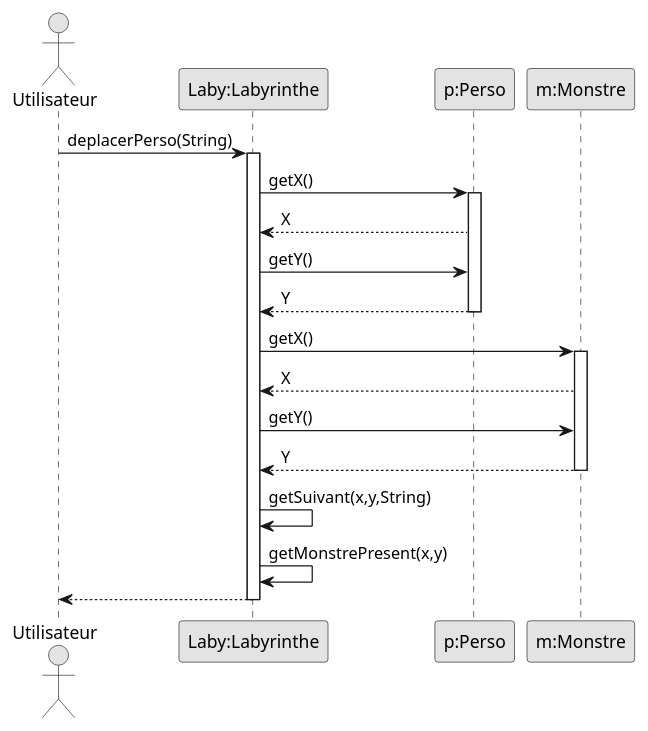
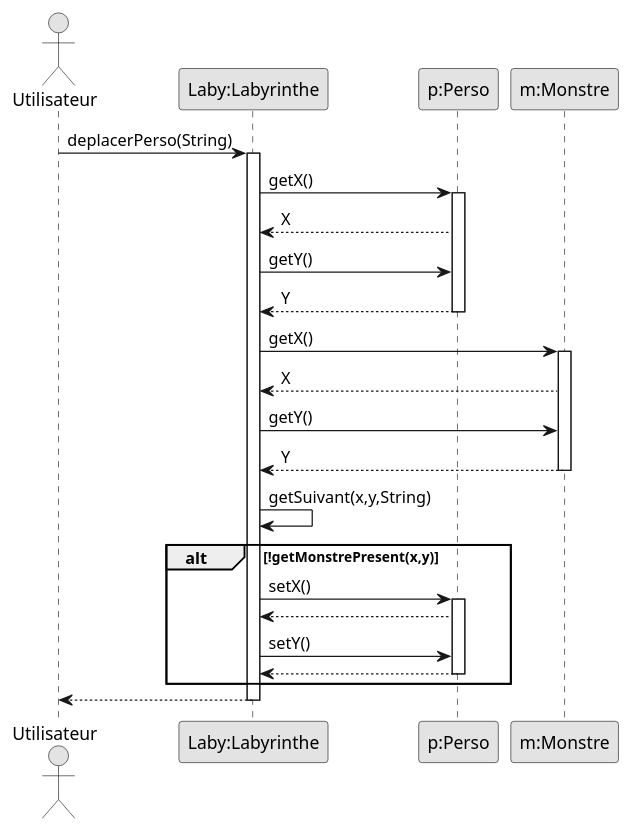
One commit to Dracosxs/2022_Zeldiablo_MOUGIN_DEFOLIE_KETZINGER_KOLER changed the diagram in documents/version_1/CollisionMonstreEtJoueur.puml. Above: the diagram before and after it, drawn with PlantUML. The commit also changed 2 other files, not shown here.

Commit message:
Ajout des conditionnelles dans certains diagrammes de sequence

```diff
--- a/documents/version_1/CollisionMonstreEtJoueur.puml
+++ b/documents/version_1/CollisionMonstreEtJoueur.puml
@@ -1,30 +1,37 @@
 @startuml
 skinparam monochrome true
 
 actor Utilisateur
 
 participant "Laby:Labyrinthe" as Laby
 participant "p:Perso" as P
 participant "m:Monstre" as M
 
 Utilisateur -> Laby: deplacerPerso(String)
 activate Laby
 Laby -> P: getX()
 activate P
 Laby <-- P: X
 Laby -> P: getY()
 Laby <-- P: Y
 deactivate P
 Laby -> M: getX()
 activate M
 Laby <-- M: X
 Laby -> M: getY()
 Laby <-- M: Y
 deactivate M
 Laby -> Laby: getSuivant(x,y,String)
-Laby -> Laby: getMonstrePresent(x,y)
+alt !getMonstrePresent(x,y)
+    Laby -> P: setX()
+        activate P
+        Laby <-- P:
+        Laby -> P: setY()
+        Laby <-- P:
+        deactivate P
+end
 Laby --> Utilisateur
 deactivate Laby
 
 
 @enduml
```
